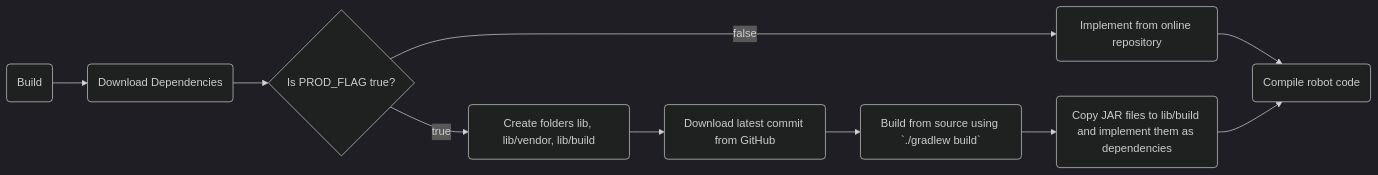
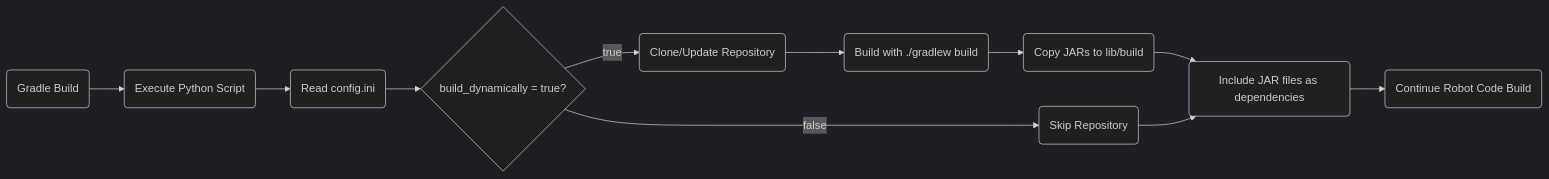
The diagram in docs/SourceBuildingPlugin.md (PinewoodRobotics/command-robot-base), drawn with Mermaid (dark theme) before and after one commit. The commit also changed other lines of this file and 11 other files, not shown here.

````diff
--- a/docs/SourceBuildingPlugin.md
+++ b/docs/SourceBuildingPlugin.md
@@ -14,11 +17,12 @@
 ```mermaid
 graph LR;
-A(Build) --> B(Download Dependencies) --> C{Is PROD_FLAG true?}
-C --> |true| D(Create folders lib, lib/vendor, lib/build)
-D --> E(Download latest commit from GitHub)
-E --> G(Build from source using `./gradlew build`)
-G --> H(Copy JAR files to lib/build and implement them as dependencies)
-C --> |false| F(Implement from online repository)
-F --> I(Compile robot code)
+A(Gradle Build) --> B(Execute Python Script) --> C(Read config.ini)
+C --> D{build_dynamically = true?}
+D --> |true| E(Clone/Update Repository)
+E --> F(Build with ./gradlew build)
+F --> G(Copy JARs to lib/build)
+D --> |false| H(Skip Repository)
+G --> I(Include JAR files as dependencies)
 H --> I
+I --> J(Continue Robot Code Build)
 ```
````
